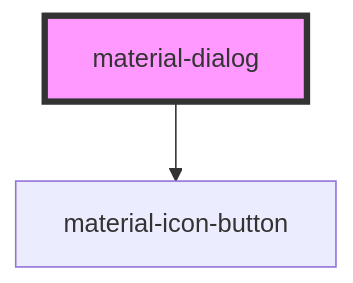
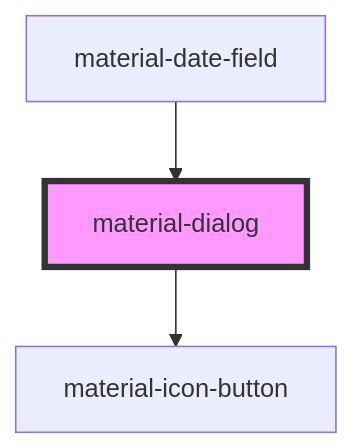
Before and after one commit to RobustaRush/material: the diagram in src/components/material-dialog/readme.md, drawn with Mermaid. The commit also changed other lines of this file and 14 other files, not shown here.

First line of the commit message:
feat: material-calendar + material-date-field

````diff
--- a/src/components/material-dialog/readme.md
+++ b/src/components/material-dialog/readme.md
@@ -74,5 +78,6 @@
 ```mermaid
 graph TD;
   material-dialog --> material-icon-button
+  material-date-field --> material-dialog
   style material-dialog fill:#f9f,stroke:#333,stroke-width:4px
 ```
````
